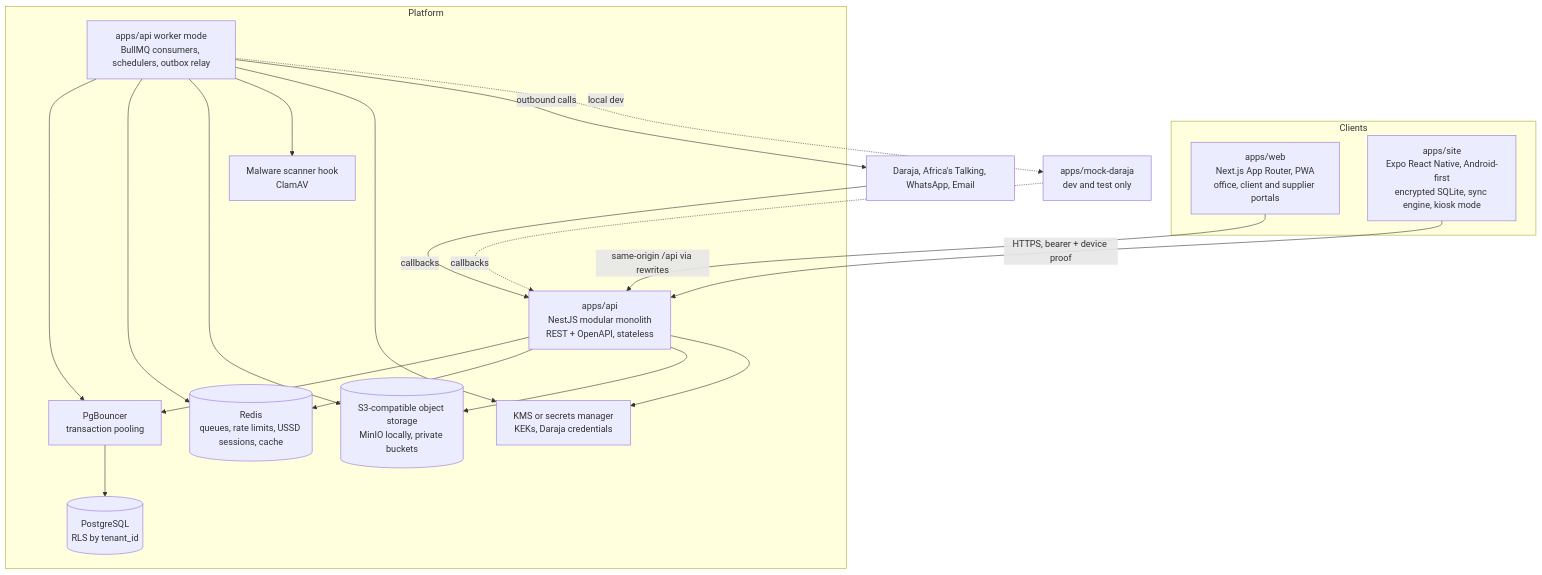
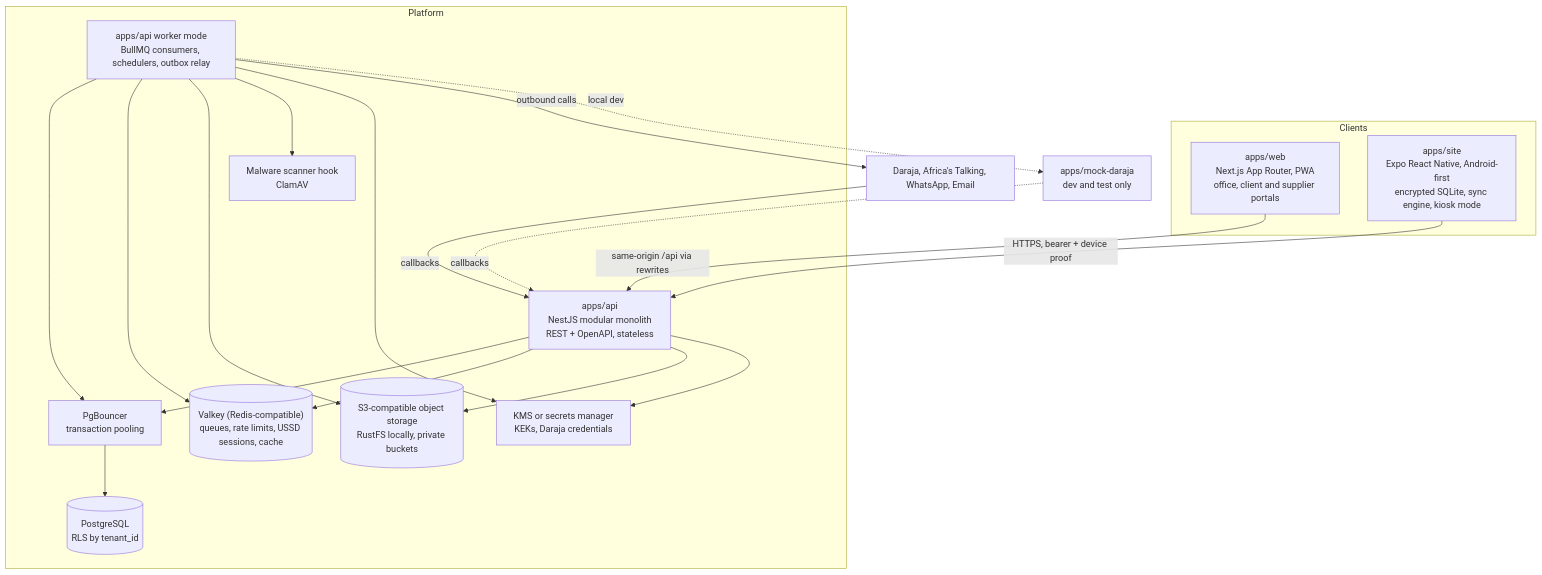
The second of 7 diagrams in docs/ARCHITECTURE.md (rosanne-odiero/construction), drawn with Mermaid before and after one commit. The commit also changed other lines of this file and 4 other files, not shown here.

````diff
--- a/docs/ARCHITECTURE.md
+++ b/docs/ARCHITECTURE.md
@@ -63,36 +63,36 @@
 ```mermaid
 flowchart TB
   subgraph Clients
     WEB["apps/web<br/>Next.js App Router, PWA<br/>office, client and supplier portals"]
     SITEAPP["apps/site<br/>Expo React Native, Android-first<br/>encrypted SQLite, sync engine, kiosk mode"]
   end
 
   subgraph Platform
     API["apps/api<br/>NestJS modular monolith<br/>REST + OpenAPI, stateless"]
     WRK["apps/api worker mode<br/>BullMQ consumers, schedulers, outbox relay"]
     PG[("PostgreSQL<br/>RLS by tenant_id")]
     PGB["PgBouncer<br/>transaction pooling"]
-    RDS[("Redis<br/>queues, rate limits, USSD sessions, cache")]
-    OBJ[("S3-compatible object storage<br/>MinIO locally, private buckets")]
+    RDS[("Valkey (Redis-compatible)<br/>queues, rate limits, USSD sessions, cache")]
+    OBJ[("S3-compatible object storage<br/>RustFS locally, private buckets")]
     KMS["KMS or secrets manager<br/>KEKs, Daraja credentials"]
     AV["Malware scanner hook<br/>ClamAV"]
   end
 
   MOCK["apps/mock-daraja<br/>dev and test only"]
 
   WEB -->|"same-origin /api via rewrites"| API
   SITEAPP -->|"HTTPS, bearer + device proof"| API
   API --> PGB --> PG
   WRK --> PGB
   API --> RDS
   WRK --> RDS
   API --> OBJ
   WRK --> OBJ
   WRK --> AV
   API --> KMS
   WRK --> KMS
   WRK -->|outbound calls| EXT["Daraja, Africa's Talking, WhatsApp, Email"]
   EXT -->|callbacks| API
   WRK -.->|local dev| MOCK
   MOCK -.->|callbacks| API
 ```
````
